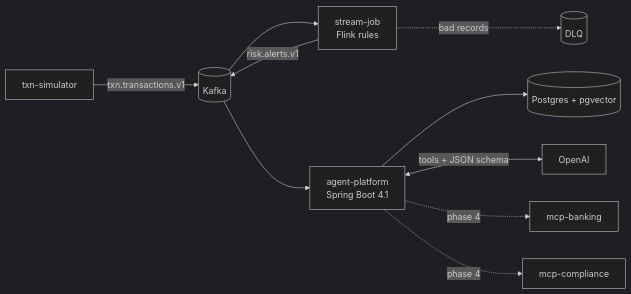
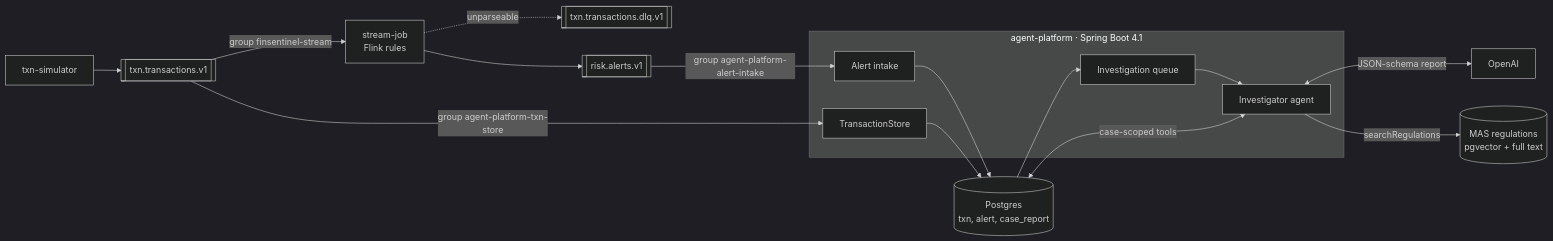
One commit to hongming-github/finsentinel changed the diagram in README.md. Above: the diagram before and after it, drawn with Mermaid (dark theme). The commit also changed other lines of this file and 47 other files, not shown here.

````diff
--- a/README.md
+++ b/README.md
@@ -9,12 +9,21 @@
 ```mermaid
 flowchart LR
-    SIM[txn-simulator] -->|txn.transactions.v1| K[(Kafka)]
-    K --> F[stream-job<br/>Flink rules]
-    F -->|risk.alerts.v1| K
-    F -.->|bad records| DLQ[(DLQ)]
-    K --> P[agent-platform<br/>Spring Boot 4.1]
-    P --> PG[(Postgres + pgvector)]
-    P <-->|tools + JSON schema| LLM[OpenAI]
-    P -. phase 4 .-> MCP1[mcp-banking]
-    P -. phase 4 .-> MCP2[mcp-compliance]
+    SIM[txn-simulator] --> TX[[txn.transactions.v1]]
+    TX -->|group finsentinel-stream| F[stream-job<br/>Flink rules]
+    F -.->|unparseable| DLQ[[txn.transactions.dlq.v1]]
+    F --> AL[[risk.alerts.v1]]
+    subgraph P [agent-platform · Spring Boot 4.1]
+        TS[TransactionStore]
+        AI[Alert intake]
+        Q[Investigation queue]
+        AG[Investigator agent]
+    end
+    TX -->|group agent-platform-txn-store| TS
+    AL -->|group agent-platform-alert-intake| AI
+    TS --> PG[(Postgres<br/>txn, alert, case_report)]
+    AI --> PG
+    PG --> Q --> AG
+    AG <-->|case-scoped tools| PG
+    AG <-->|JSON-schema report| LLM[OpenAI]
+    AG -->|searchRegulations| KB[(MAS regulations<br/>pgvector + full text)]
 ```
````
